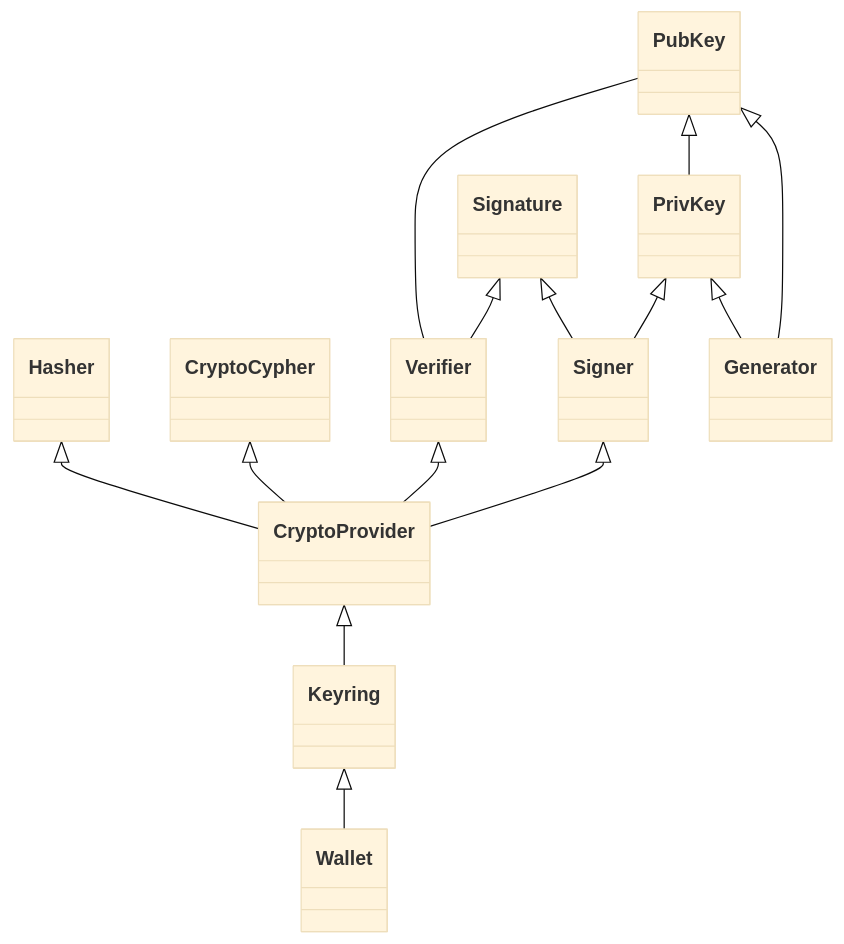
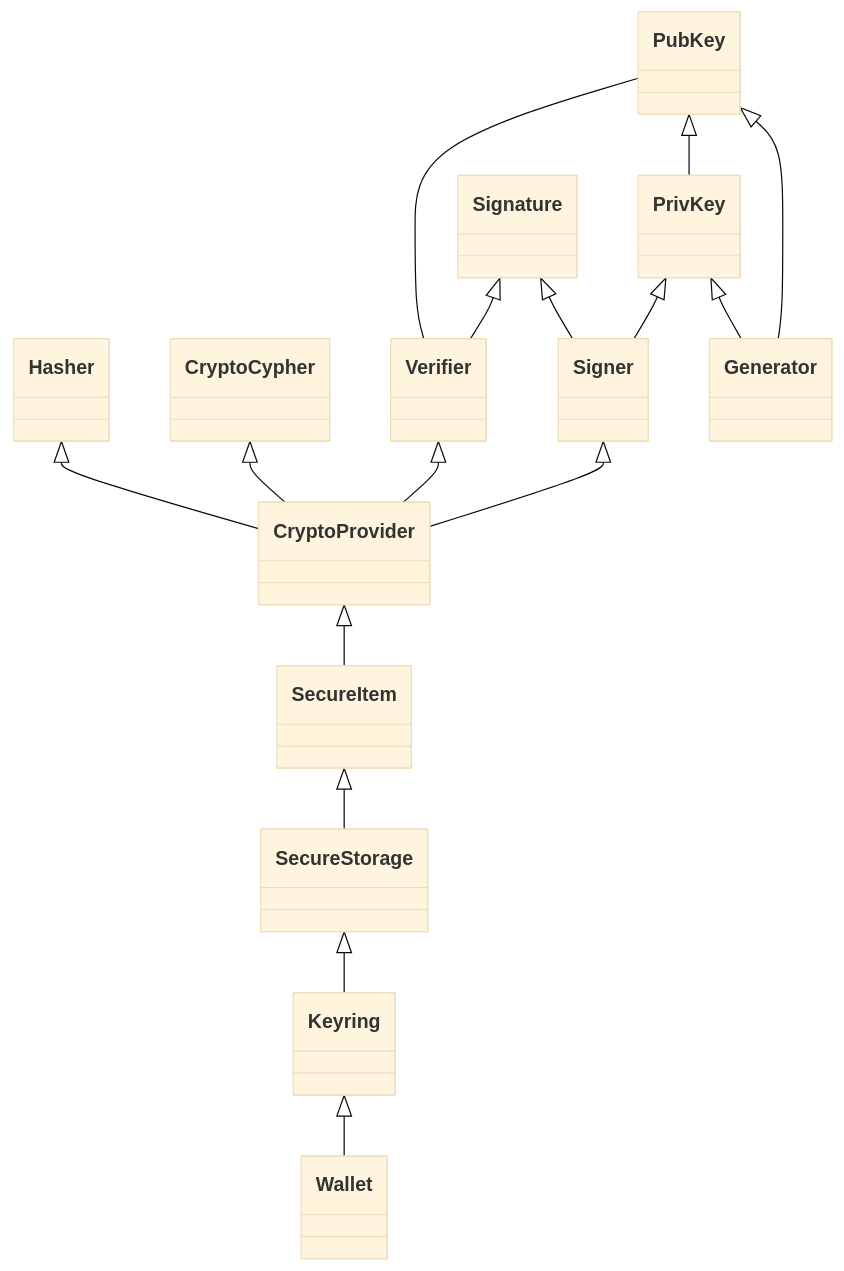
The first of 5 diagrams in crypto/docs/adr.md (Zondax/cosmos-sdk), drawn with Mermaid (base theme) before and after one commit. The commit also changed other lines of this file, not shown here.

````diff
--- a/crypto/docs/adr.md
+++ b/crypto/docs/adr.md
@@ -45,22 +47,24 @@
 ```mermaid
 classDiagram
 
 Keyring <|-- Wallet
-CryptoProvider <|-- Keyring
+SecureStorage <|-- Keyring
+SecureItem <|-- SecureStorage
+CryptoProvider <|-- SecureItem
 
 Hasher <|-- CryptoProvider
 CryptoCypher <|-- CryptoProvider
 PubKey -- Verifier
 
 PubKey <|-- PrivKey
 PubKey <|-- Generator
 
 PrivKey <|-- Signer
 PrivKey <|-- Generator
 
 Signature <|-- Verifier
 Signature <|-- Signer
 
 Signer <|-- CryptoProvider
 Verifier <|-- CryptoProvider
 ```
````
